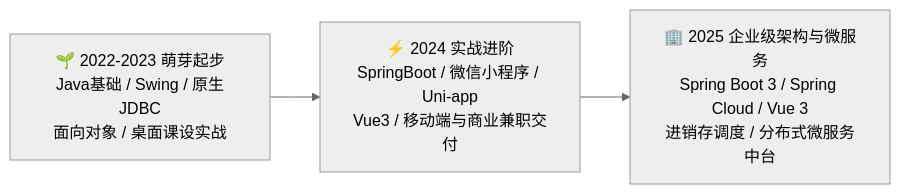
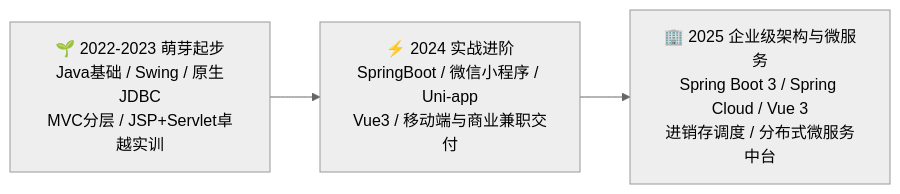
One commit to 2454435987/my-programming-journey changed the diagram in README.md. Above: the diagram before and after it, drawn with Mermaid (neutral theme). The commit also changed other lines of this file and 81 other files, not shown here.

````diff
--- a/README.md
+++ b/README.md
@@ -10,5 +10,5 @@
 ```mermaid
 flowchart LR
-    A["🌱 2022-2023 萌芽起步<br/>Java基础 / Swing / 原生JDBC<br/>面向对象 / 桌面课设实战"] --> B["⚡ 2024 实战进阶<br/>SpringBoot / 微信小程序 / Uni-app<br/>Vue3 / 移动端与商业兼职交付"]
+    A["🌱 2022-2023 萌芽起步<br/>Java基础 / Swing / 原生JDBC<br/>MVC分层 / JSP+Servlet卓越实训"] --> B["⚡ 2024 实战进阶<br/>SpringBoot / 微信小程序 / Uni-app<br/>Vue3 / 移动端与商业兼职交付"]
     B --> C["🏢 2025 企业级架构与微服务<br/>Spring Boot 3 / Spring Cloud / Vue 3<br/>进销存调度 / 分布式微服务中台"]
 ```
````
